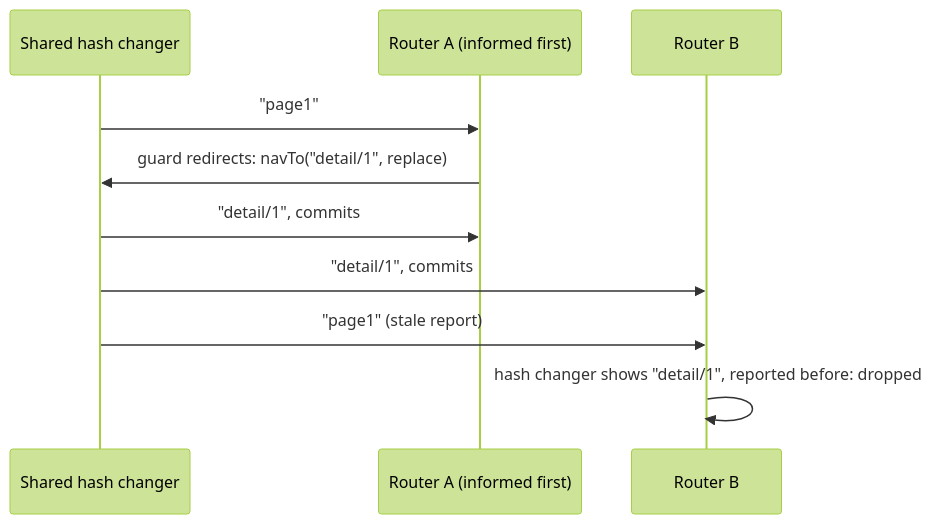
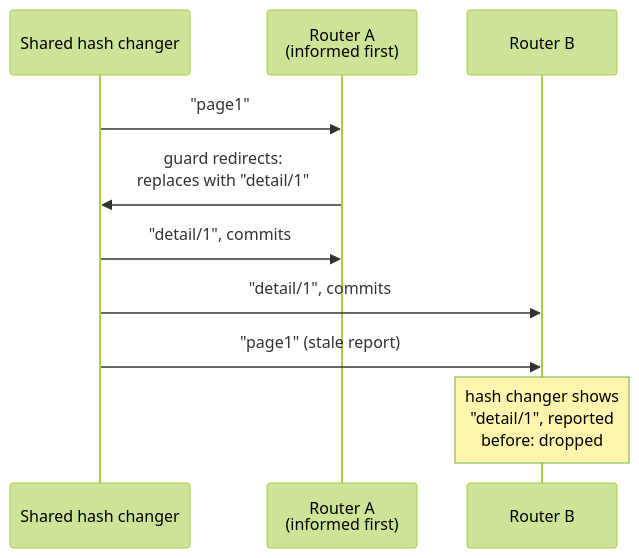
Before and after one commit to wridgeu/ui5-lib-guard-router: the fourth of 12 diagrams in docs/reference/architecture.md, drawn with Mermaid (forest theme). The commit also changed other lines of this file and 6 other files, not shown here.

First line of the commit message:
docs: draw the diagrams narrow, one case each, and colour the overview

````diff
--- a/docs/reference/architecture.md
+++ b/docs/reference/architecture.md
@@ -563,12 +573,12 @@
 ```mermaid
 sequenceDiagram
     participant HC as Shared hash changer
-    participant A as Router A (informed first)
+    participant A as Router A<br/>(informed first)
     participant B as Router B
     HC->>A: "page1"
-    A->>HC: guard redirects: navTo("detail/1", replace)
+    A->>HC: guard redirects:<br/>replaces with "detail/1"
     HC->>A: "detail/1", commits
     HC->>B: "detail/1", commits
     HC->>B: "page1" (stale report)
-    B->>B: hash changer shows "detail/1", reported before: dropped
+    Note over B: hash changer shows<br/>"detail/1", reported<br/>before: dropped
 ```
````
